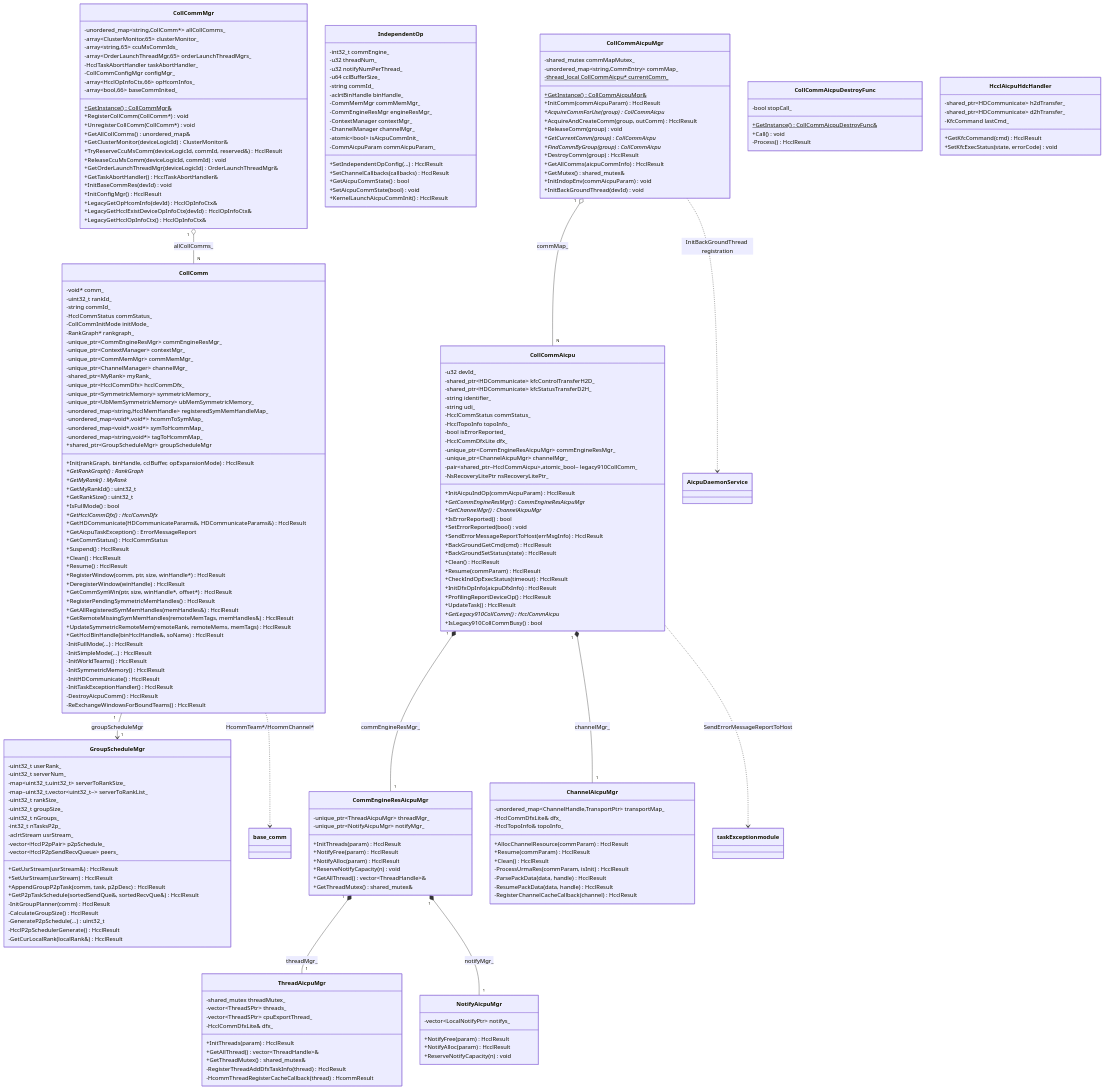
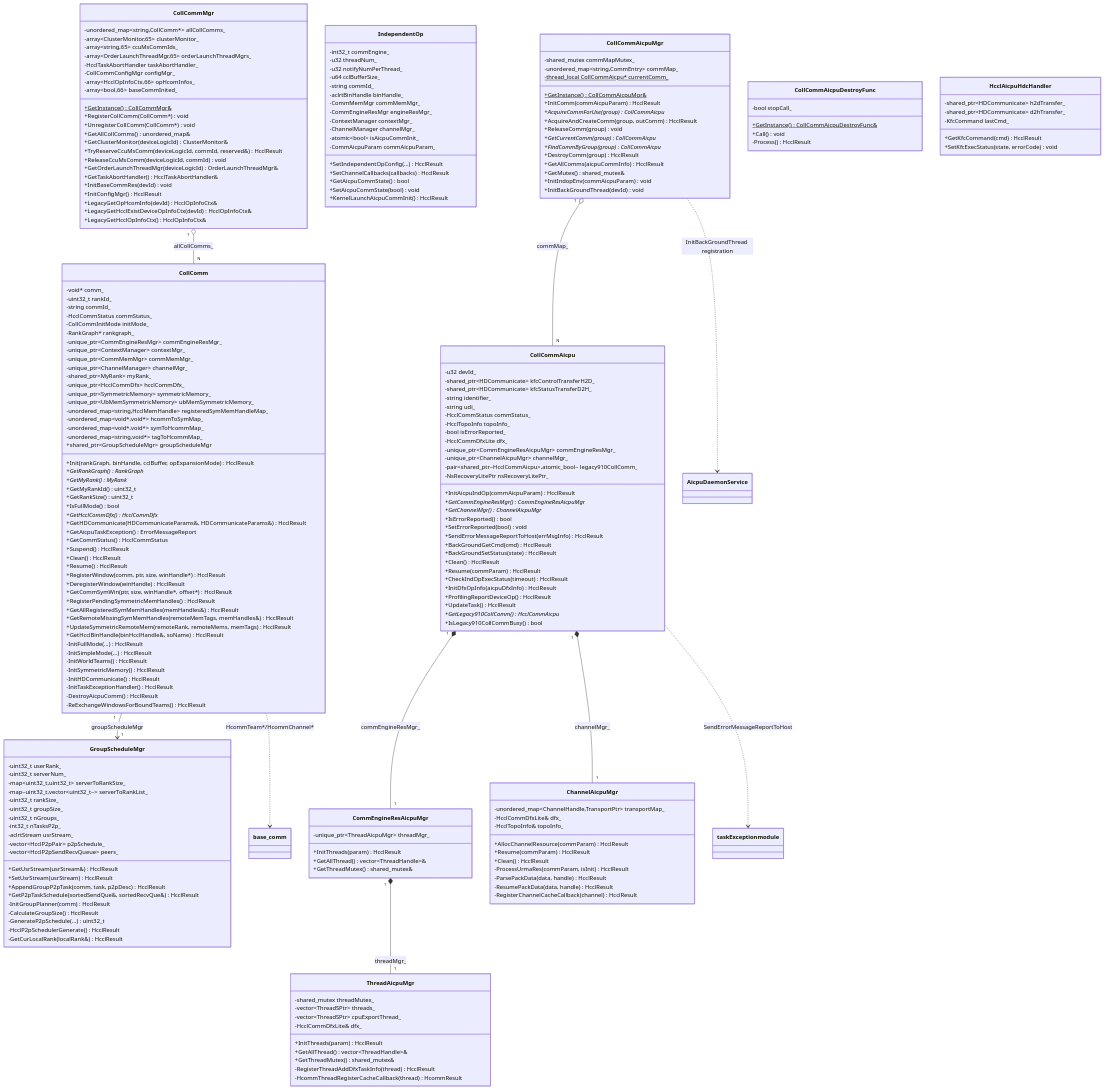
Before and after one commit to Atlas-Ascend-Fork/hcomm: diagram 12 of 12 in src/coll_communicator_mgr/communicator/communicator_en.md, drawn with Mermaid. The commit also changed other lines of this file and 48 other files, not shown here.

```diff
--- a/src/coll_communicator_mgr/communicator/communicator_en.md
+++ b/src/coll_communicator_mgr/communicator/communicator_en.md
@@ -714,11 +705,7 @@
 
     class CommEngineResAicpuMgr {
         -unique_ptr~ThreadAicpuMgr~ threadMgr_
-        -unique_ptr~NotifyAicpuMgr~ notifyMgr_
         +InitThreads(param) HcclResult
-        +NotifyFree(param) HcclResult
-        +NotifyAlloc(param) HcclResult
-        +ReserveNotifyCapacity(n) void
         +GetAllThread() vector~ThreadHandle~&
         +GetThreadMutex() shared_mutex&
     }
@@ -733,13 +720,6 @@
         +GetThreadMutex() shared_mutex&
         -RegisterThreadAddDfxTaskInfo(thread) HcclResult
         -HcommThreadRegisterCacheCallback(thread) HcommResult
-    }
-
-    class NotifyAicpuMgr {
-        -vector~LocalNotifyPtr~ notifys_
-        +NotifyFree(param) HcclResult
-        +NotifyAlloc(param) HcclResult
-        +ReserveNotifyCapacity(n) void
     }
 
     class ChannelAicpuMgr {
@@ -776,7 +756,6 @@
     CollCommAicpu "1" *-- "1" CommEngineResAicpuMgr : commEngineResMgr_
     CollCommAicpu "1" *-- "1" ChannelAicpuMgr : channelMgr_
     CommEngineResAicpuMgr "1" *-- "1" ThreadAicpuMgr : threadMgr_
-    CommEngineResAicpuMgr "1" *-- "1" NotifyAicpuMgr : notifyMgr_
     CollComm ..> base_comm : HcommTeam*/HcommChannel*
     CollCommAicpu ..> taskException module : SendErrorMessageReportToHost
     CollCommAicpuMgr ..> AicpuDaemonService : InitBackGroundThread registration
```
